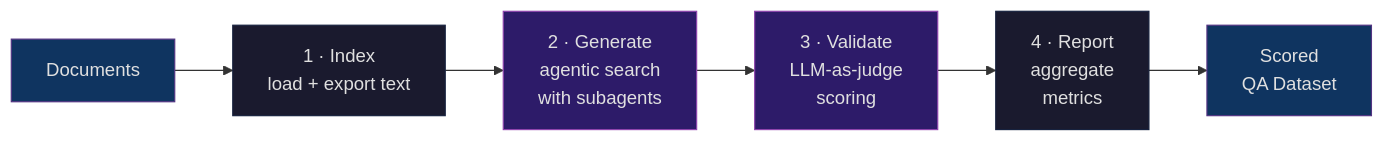
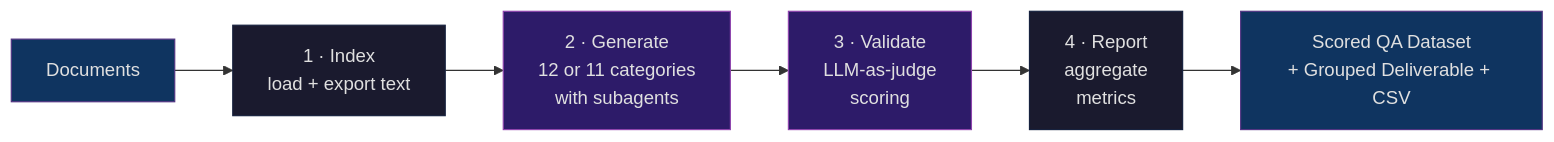
Before and after one commit to magic-data-ops/chunker: the ninth of 9 diagrams in architecture.md, drawn with Mermaid. The commit also changed other lines of this file, not shown here.

````diff
--- a/architecture.md
+++ b/architecture.md
@@ -325,22 +341,22 @@
 ```mermaid
 flowchart LR
     DOCS["Documents"]
     INDEX["1 · Index<br/>load + export text"]
-    GEN["2 · Generate<br/>agentic search<br/>with subagents"]
+    GEN["2 · Generate<br/>12 or 11 categories<br/>with subagents"]
     VAL["3 · Validate<br/>LLM-as-judge<br/>scoring"]
     RPT["4 · Report<br/>aggregate<br/>metrics"]
-    OUT["Scored<br/>QA Dataset"]
+    OUT["Scored QA Dataset<br/>+ Grouped Deliverable + CSV"]
 
     DOCS --> INDEX
     INDEX --> GEN
     GEN --> VAL
     VAL --> RPT
     RPT --> OUT
 
     style DOCS fill:#0f3460,stroke:#533483,color:#e0e0e0
     style INDEX fill:#1a1a2e,stroke:#16213e,color:#e0e0e0
     style GEN fill:#2d1b69,stroke:#8e44ad,color:#e0e0e0
     style VAL fill:#2d1b69,stroke:#8e44ad,color:#e0e0e0
     style RPT fill:#1a1a2e,stroke:#16213e,color:#e0e0e0
     style OUT fill:#0f3460,stroke:#533483,color:#e0e0e0
 ```
````
